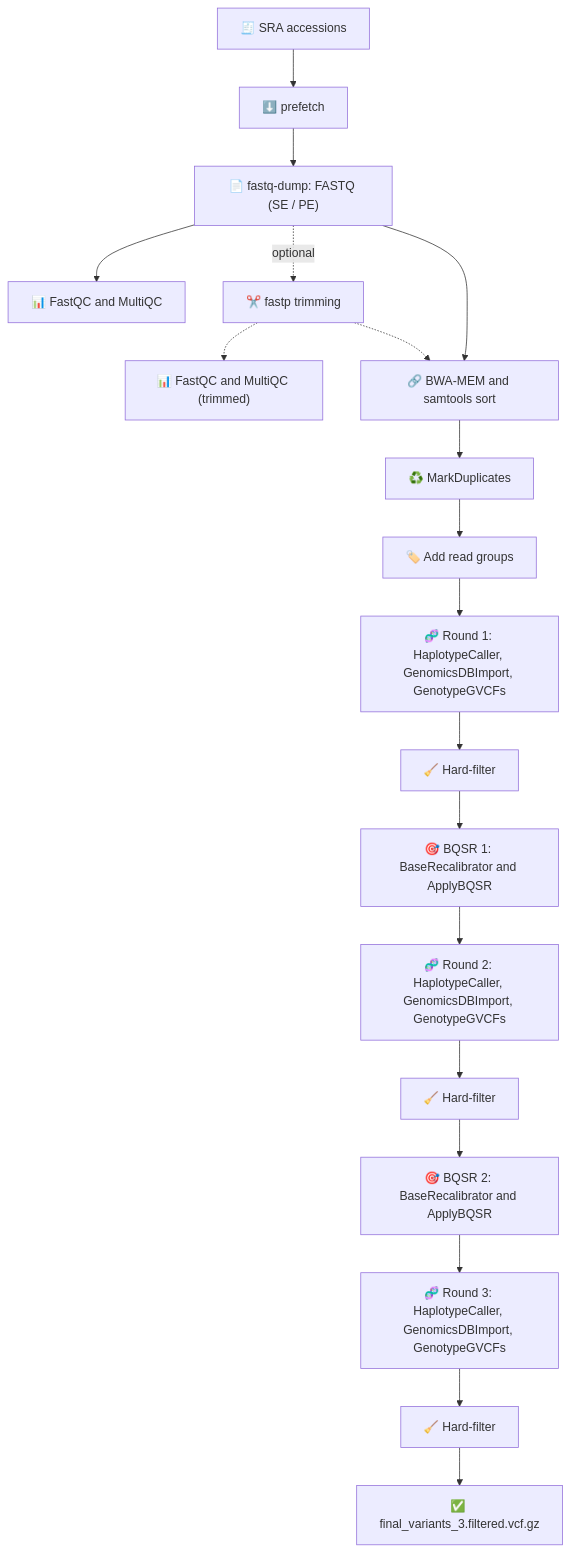
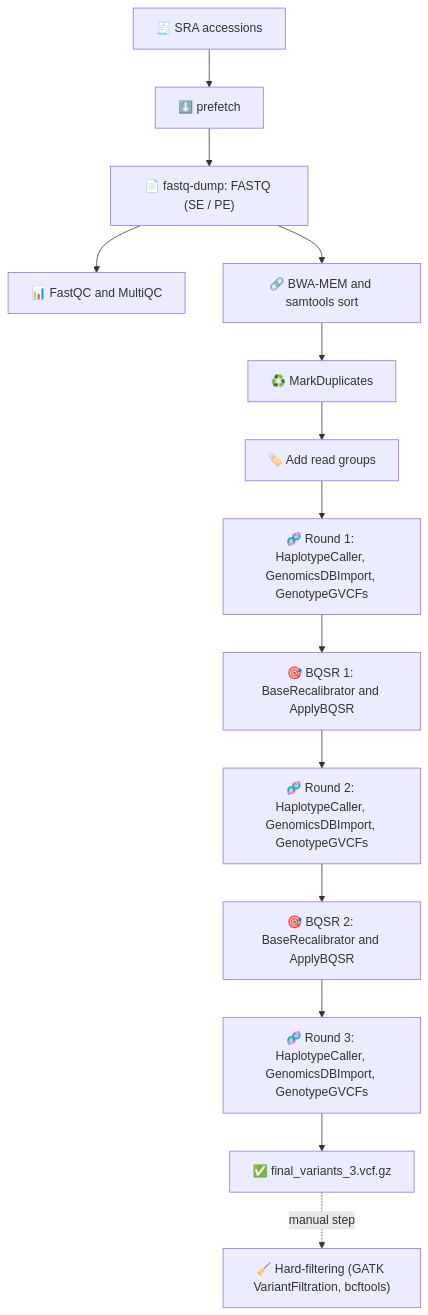
One commit to ParvathiShareth/VariFlow changed the diagram in README.md. Above: the diagram before and after it, drawn with Mermaid. The commit also changed other lines of this file, not shown here.

````diff
--- a/README.md
+++ b/README.md
@@ -61,21 +61,16 @@
 ```mermaid
 flowchart TD
     A["🧾 SRA accessions"] --> B["⬇️ prefetch"]
     B --> C["📄 fastq-dump: FASTQ (SE / PE)"]
     C --> QC["📊 FastQC and MultiQC"]
-    C -.->|optional| T["✂️ fastp trimming"]
-    T -.-> QC2["📊 FastQC and MultiQC (trimmed)"]
     C --> D["🔗 BWA-MEM and samtools sort"]
-    T -.-> D
     D --> E["♻️ MarkDuplicates"]
     E --> F["🏷️ Add read groups"]
     F --> R1["🧬 Round 1: HaplotypeCaller, GenomicsDBImport, GenotypeGVCFs"]
-    R1 --> FL1["🧹 Hard-filter"]
-    FL1 --> Q1["🎯 BQSR 1: BaseRecalibrator and ApplyBQSR"]
+    R1 --> Q1["🎯 BQSR 1: BaseRecalibrator and ApplyBQSR"]
     Q1 --> R2["🧬 Round 2: HaplotypeCaller, GenomicsDBImport, GenotypeGVCFs"]
-    R2 --> FL2["🧹 Hard-filter"]
-    FL2 --> Q2["🎯 BQSR 2: BaseRecalibrator and ApplyBQSR"]
+    R2 --> Q2["🎯 BQSR 2: BaseRecalibrator and ApplyBQSR"]
     Q2 --> R3["🧬 Round 3: HaplotypeCaller, GenomicsDBImport, GenotypeGVCFs"]
-    R3 --> FL3["🧹 Hard-filter"]
-    FL3 --> OUT["✅ final_variants_3.filtered.vcf.gz"]
+    R3 --> OUT["✅ final_variants_3.vcf.gz"]
+    OUT -.->|"manual step"| FIL["🧹 Hard-filtering (GATK VariantFiltration, bcftools)"]
 ```
````
